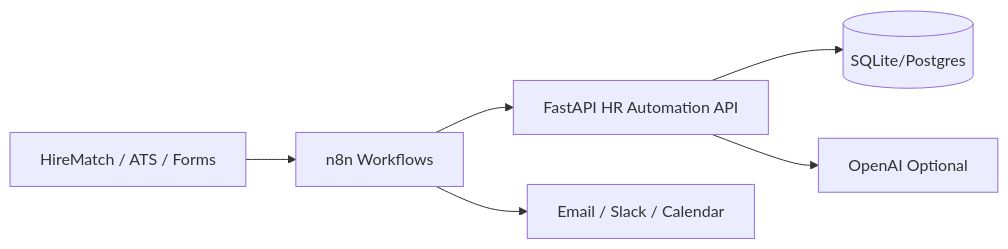
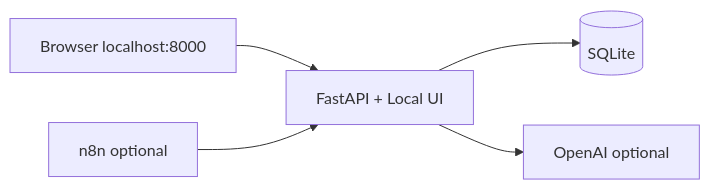
One commit to pavanvamsi-chimmiri/HireMatch changed the diagram in hr-automation/README.md. Above: the diagram before and after it, drawn with Mermaid. The commit also changed other lines of this file and 13 other files, not shown here.

````diff
--- a/hr-automation/README.md
+++ b/hr-automation/README.md
@@ -13,8 +90,7 @@
 ```mermaid
 flowchart LR
-  A[HireMatch / ATS / Forms] --> B[n8n Workflows]
-  B --> C[FastAPI HR Automation API]
-  C --> D[(SQLite/Postgres)]
-  C --> E[OpenAI Optional]
-  B --> F[Email / Slack / Calendar]
+  U[Browser localhost:8000] --> A[FastAPI + Local UI]
+  N[n8n optional] --> A
+  A --> D[(SQLite)]
+  A --> O[OpenAI optional]
 ```
````
